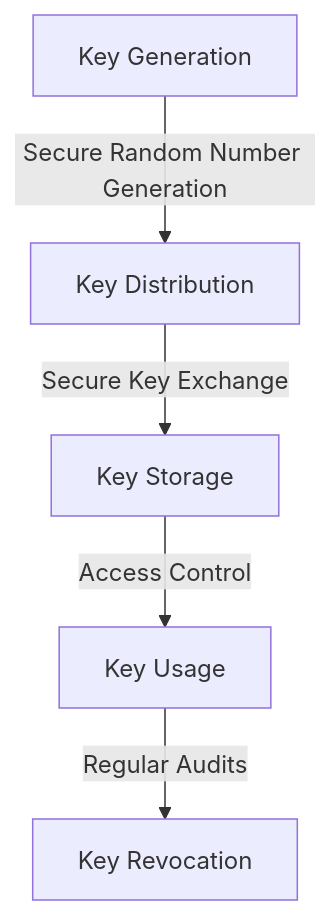
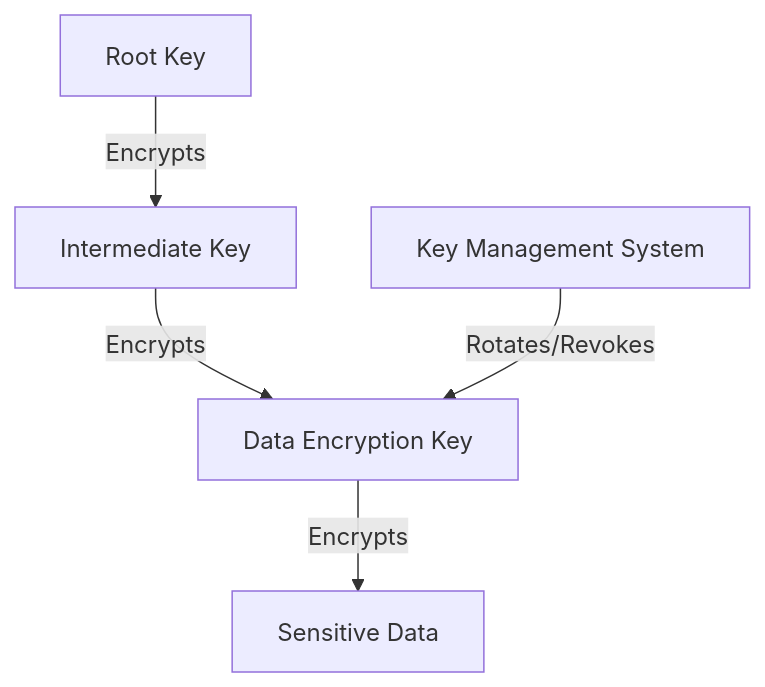
Before and after one commit to baaghinitesh/dailly-notes: the first of 2 diagrams in docs/blogs/Common_Mistakes_in_Cryptographic_Data_Encryption_and_How_to_Avoid_Them_Part_2.md, drawn with Mermaid. The commit also changed other lines of this file and 5 other files, not shown here.

````diff
--- a/docs/blogs/Common_Mistakes_in_Cryptographic_Data_Encryption_and_How_to_Avoid_Them_Part_2.md
+++ b/docs/blogs/Common_Mistakes_in_Cryptographic_Data_Encryption_and_How_to_Avoid_Them_Part_2.md
@@ -31,7 +24,7 @@
 ```mermaid
 flowchart TD
-    A[Key Generation] -->|Secure Random Number Generation| B[Key Distribution]
-    B -->|Secure Key Exchange| C[Key Storage]
-    C -->|Access Control| D[Key Usage]
-    D -->|Regular Audits| E[Key Revocation]
+    A[Root Key] -->|Encrypts| B[Intermediate Key]
+    B -->|Encrypts| C[Data Encryption Key]
+    C -->|Encrypts| D[Sensitive Data]
+    E[Key Management System] -->|Rotates/Revokes| C
 ```
````
